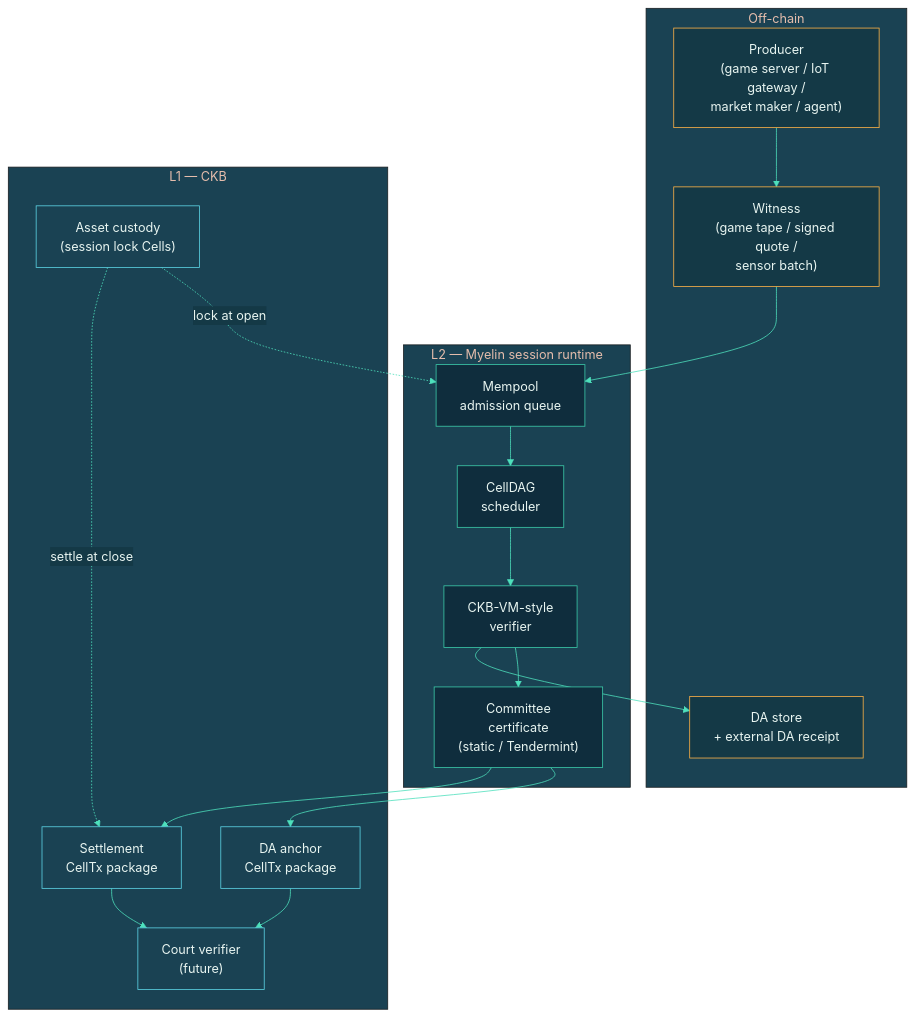
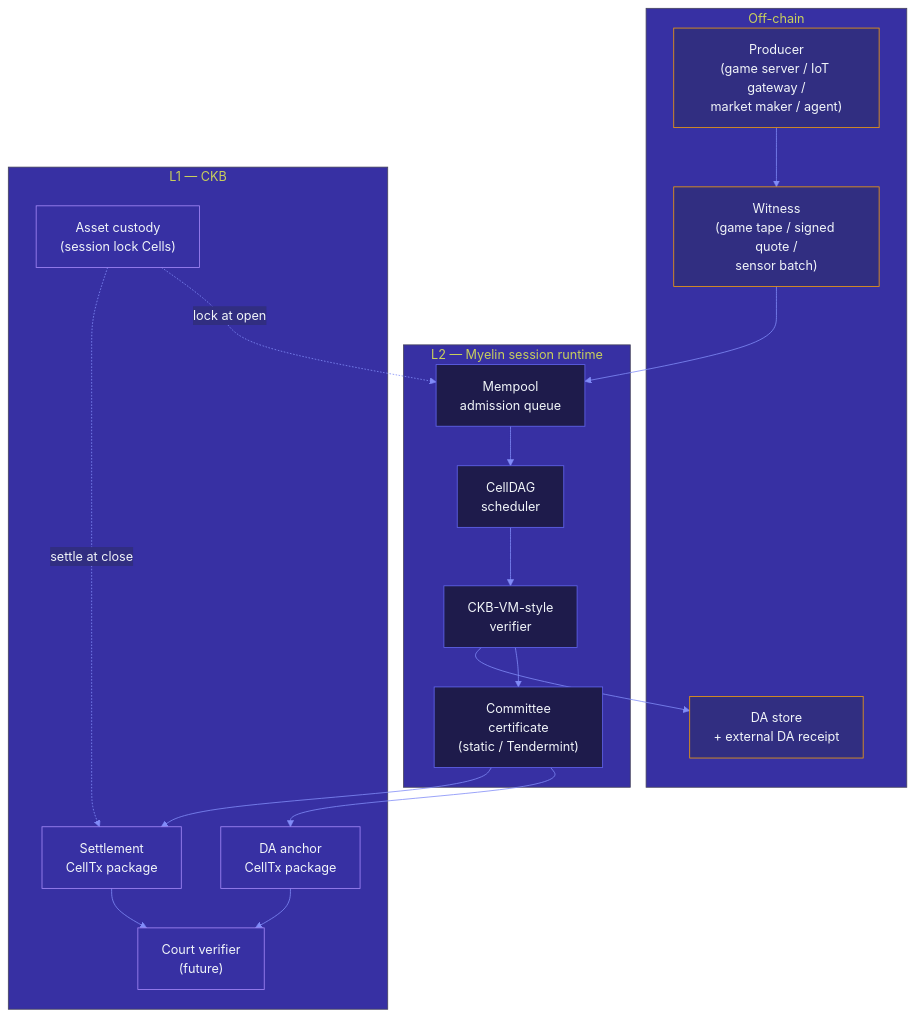
One commit to Myelin-Labs/Myelin changed the diagram in docs/interactions/index.md. Above: the diagram before and after it, drawn with Mermaid. The commit also changed 31 other files, not shown here.

````diff
--- a/docs/interactions/index.md
+++ b/docs/interactions/index.md
@@ -26,45 +26,45 @@
 ```mermaid
 %%{init: {
   "theme": "base",
   "themeVariables": {
-    "primaryColor": "#0F2D3D",
-    "primaryTextColor": "#E8F5F1",
-    "primaryBorderColor": "#3CCBAA",
-    "lineColor": "#4EE0BC",
-    "secondaryColor": "#143946",
-    "tertiaryColor": "#1A4253"
+    "primaryColor": "#1E1B4B",
+    "primaryTextColor": "#F1F5F9",
+    "primaryBorderColor": "#6366F1",
+    "lineColor": "#818CF8",
+    "secondaryColor": "#312E81",
+    "tertiaryColor": "#3730A3"
   }
 }}%%
 flowchart TB
     subgraph OFF["Off-chain"]
         P["Producer<br/>(game server / IoT gateway /<br/>market maker / agent)"]:::off
         W["Witness<br/>(game tape / signed quote /<br/>sensor batch)"]:::off
         D["DA store<br/>+ external DA receipt"]:::off
     end
     subgraph L2["L2 — Myelin session runtime"]
         M["Mempool<br/>admission queue"]:::l2
         S["CellDAG<br/>scheduler"]:::l2
         V["CKB-VM-style<br/>verifier"]:::l2
         C["Committee<br/>certificate<br/>(static / Tendermint)"]:::l2
     end
     subgraph L1["L1 — CKB"]
         A["Asset custody<br/>(session lock Cells)"]:::l1
         E["DA anchor<br/>CellTx package"]:::l1
         S2["Settlement<br/>CellTx package"]:::l1
         CT["Court verifier<br/>(future)"]:::l1
     end
 
     P --> W --> M
     M --> S --> V --> C
     V --> D
     C --> E
     C --> S2
     A -.->|lock at open| M
     A -.->|settle at close| S2
     E --> CT
     S2 --> CT
 
-    classDef off fill:#143946,stroke:#FFB347,color:#E8F5F1;
-    classDef l2  fill:#0F2D3D,stroke:#3CCBAA,color:#E8F5F1;
-    classDef l1  fill:#1A4253,stroke:#5DD4E5,color:#E8F5F1;
+    classDef off fill:#312E81,stroke:#F59E0B,color:#F1F5F9;
+    classDef l2  fill:#1E1B4B,stroke:#6366F1,color:#F1F5F9;
+    classDef l1  fill:#3730A3,stroke:#A78BFA,color:#F1F5F9;
 ```
````
